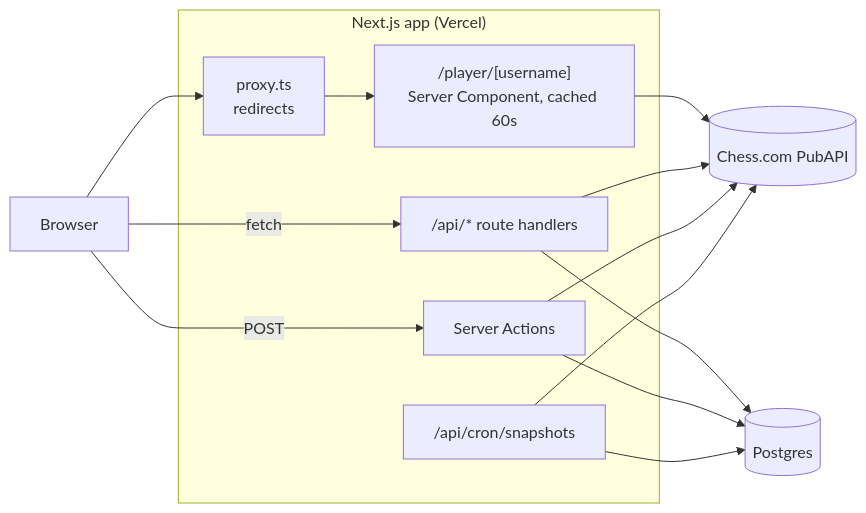
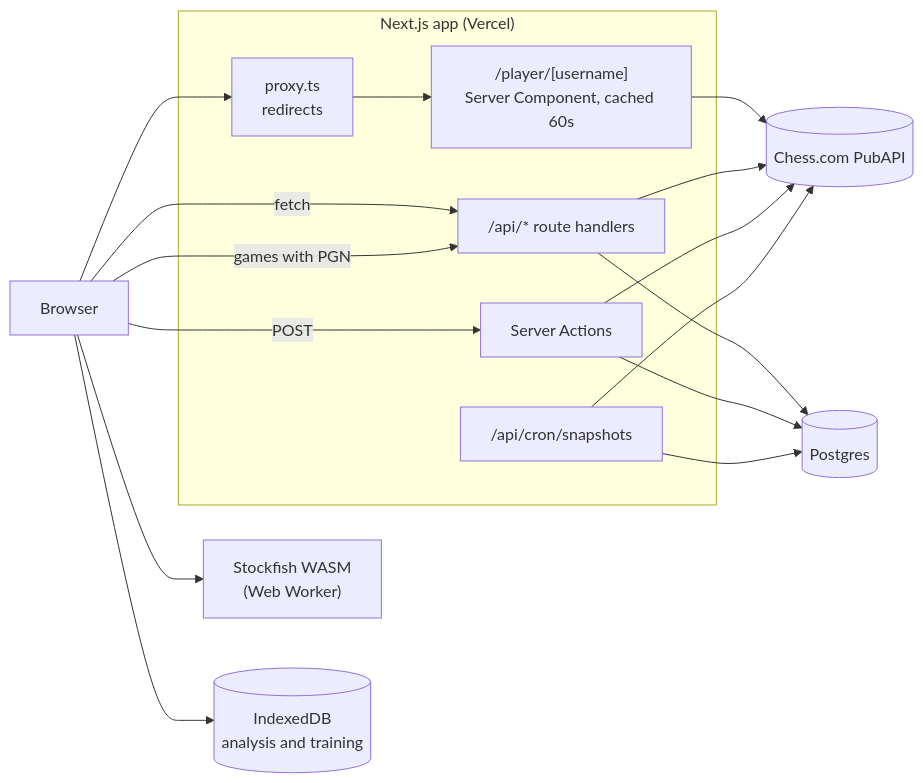
The diagram in ARCHITECTURE.md (Codexter-Laboratory/Daily-Gambit), drawn with Mermaid before and after one commit. The commit also changed other lines of this file and 16 other files, not shown here.

````diff
--- a/ARCHITECTURE.md
+++ b/ARCHITECTURE.md
@@ -7,23 +7,28 @@
 ```mermaid
 flowchart LR
   B[Browser]
   subgraph Next["Next.js app (Vercel)"]
     P["proxy.ts<br/>redirects"]
     PG["/player/[username]<br/>Server Component, cached 60s"]
     API["/api/* route handlers"]
     SA["Server Actions"]
     CR["/api/cron/snapshots"]
   end
   CC[(Chess.com PubAPI)]
   DB[(Postgres)]
+  SF["Stockfish WASM<br/>(Web Worker)"]
+  IDB[("IndexedDB<br/>analysis and training")]
   B --> P --> PG
   B -- "fetch" --> API
   B -- "POST" --> SA
   PG --> CC
   API --> CC
   API --> DB
   SA --> DB
   SA --> CC
   CR --> DB
   CR --> CC
+  B -- "games with PGN" --> API
+  B --> SF
+  B --> IDB
 ```
````
